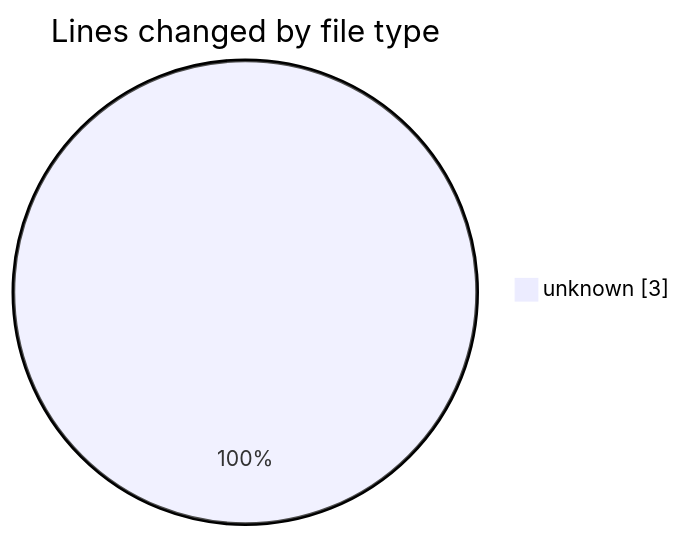
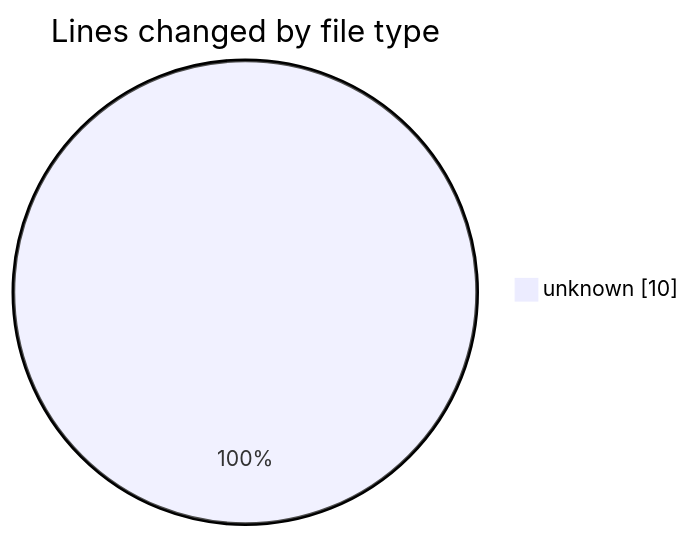
The first of 2 diagrams in 2025-09-03/accountill-master/README.md (nxtqubesakshisongat/code-tracking), drawn with Mermaid before and after one commit. The commit also changed other lines of this file and 1 other file, not shown here.

````diff
--- a/2025-09-03/accountill-master/README.md
+++ b/2025-09-03/accountill-master/README.md
@@ -20,5 +21,5 @@
 ```mermaid
 pie showData
 title Lines changed by file type
-"unknown" : 3
+"unknown" : 10
 ```
````
